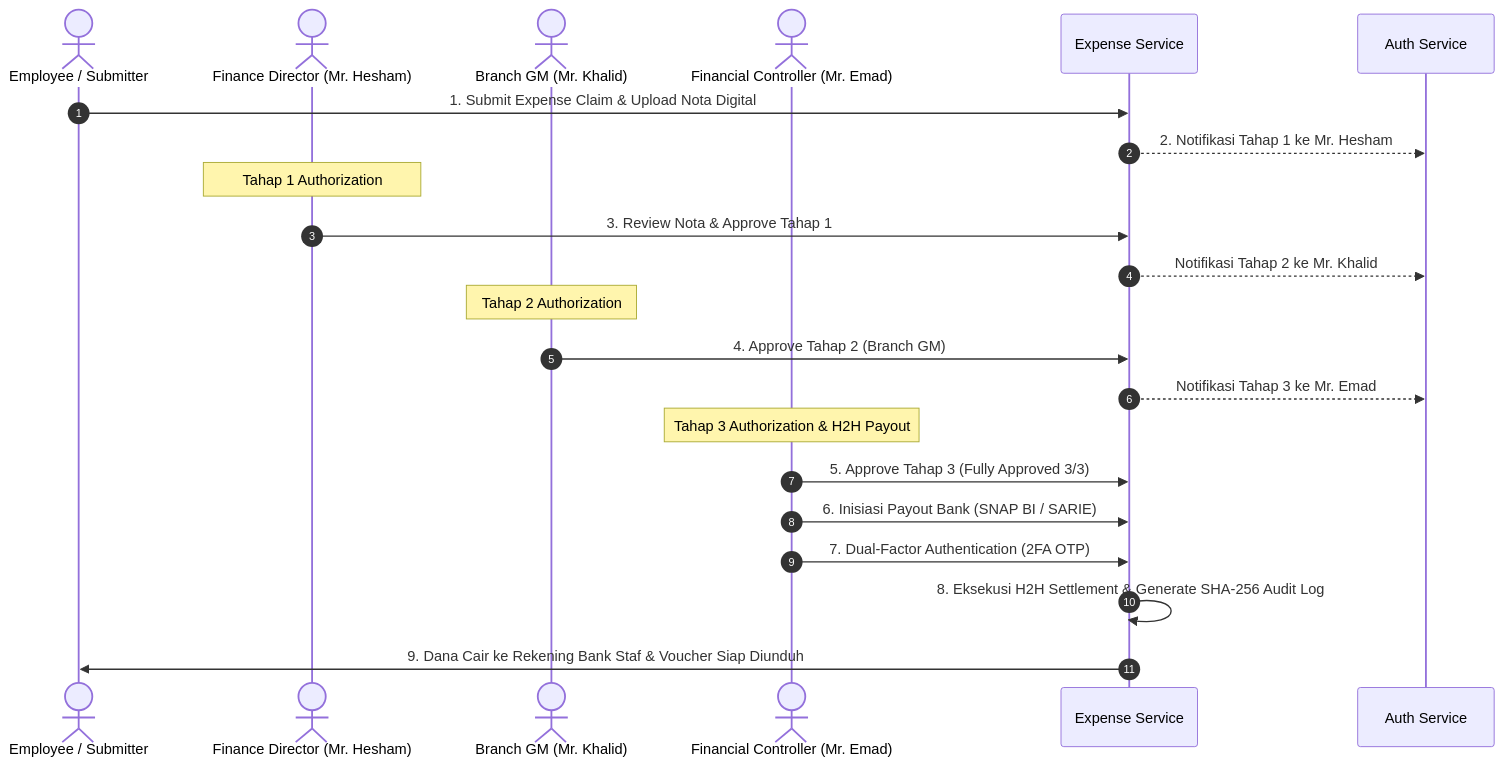
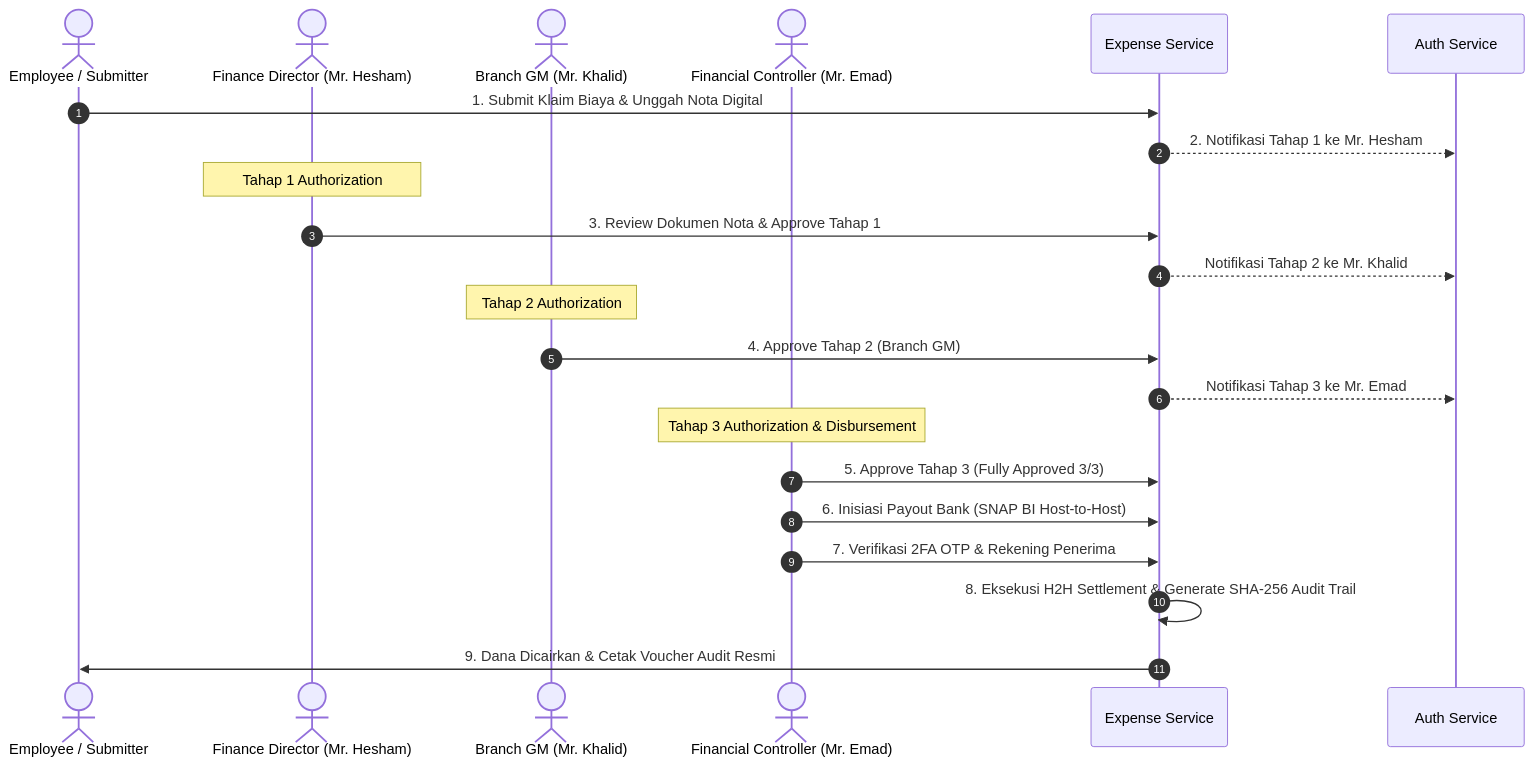
The fourth of 4 diagrams in README.md (dimasalvarizk/finance-system), drawn with Mermaid before and after one commit. The commit also changed other lines of this file and 22 other files, not shown here.

````diff
--- a/README.md
+++ b/README.md
@@ -191,26 +286,26 @@
 ```mermaid
 sequenceDiagram
     autonumber
     actor Staff as Employee / Submitter
     actor DirFin as Finance Director (Mr. Hesham)
     actor GM as Branch GM (Mr. Khalid)
     actor Controller as Financial Controller (Mr. Emad)
 
-    Staff->>Expense Service: 1. Submit Expense Claim & Upload Nota Digital
+    Staff->>Expense Service: 1. Submit Klaim Biaya & Unggah Nota Digital
     Expense Service-->>Auth Service: 2. Notifikasi Tahap 1 ke Mr. Hesham
     
     Note over DirFin: Tahap 1 Authorization
-    DirFin->>Expense Service: 3. Review Nota & Approve Tahap 1
+    DirFin->>Expense Service: 3. Review Dokumen Nota & Approve Tahap 1
     Expense Service-->>Auth Service: Notifikasi Tahap 2 ke Mr. Khalid
 
     Note over GM: Tahap 2 Authorization
     GM->>Expense Service: 4. Approve Tahap 2 (Branch GM)
     Expense Service-->>Auth Service: Notifikasi Tahap 3 ke Mr. Emad
 
-    Note over Controller: Tahap 3 Authorization & H2H Payout
+    Note over Controller: Tahap 3 Authorization & Disbursement
     Controller->>Expense Service: 5. Approve Tahap 3 (Fully Approved 3/3)
-    Controller->>Expense Service: 6. Inisiasi Payout Bank (SNAP BI / SARIE)
-    Controller->>Expense Service: 7. Dual-Factor Authentication (2FA OTP)
-    Expense Service->>Expense Service: 8. Eksekusi H2H Settlement & Generate SHA-256 Audit Log
-    Expense Service->>Staff: 9. Dana Cair ke Rekening Bank Staf & Voucher Siap Diunduh
+    Controller->>Expense Service: 6. Inisiasi Payout Bank (SNAP BI Host-to-Host)
+    Controller->>Expense Service: 7. Verifikasi 2FA OTP & Rekening Penerima
+    Expense Service->>Expense Service: 8. Eksekusi H2H Settlement & Generate SHA-256 Audit Trail
+    Expense Service->>Staff: 9. Dana Dicairkan & Cetak Voucher Audit Resmi
 ```
````
